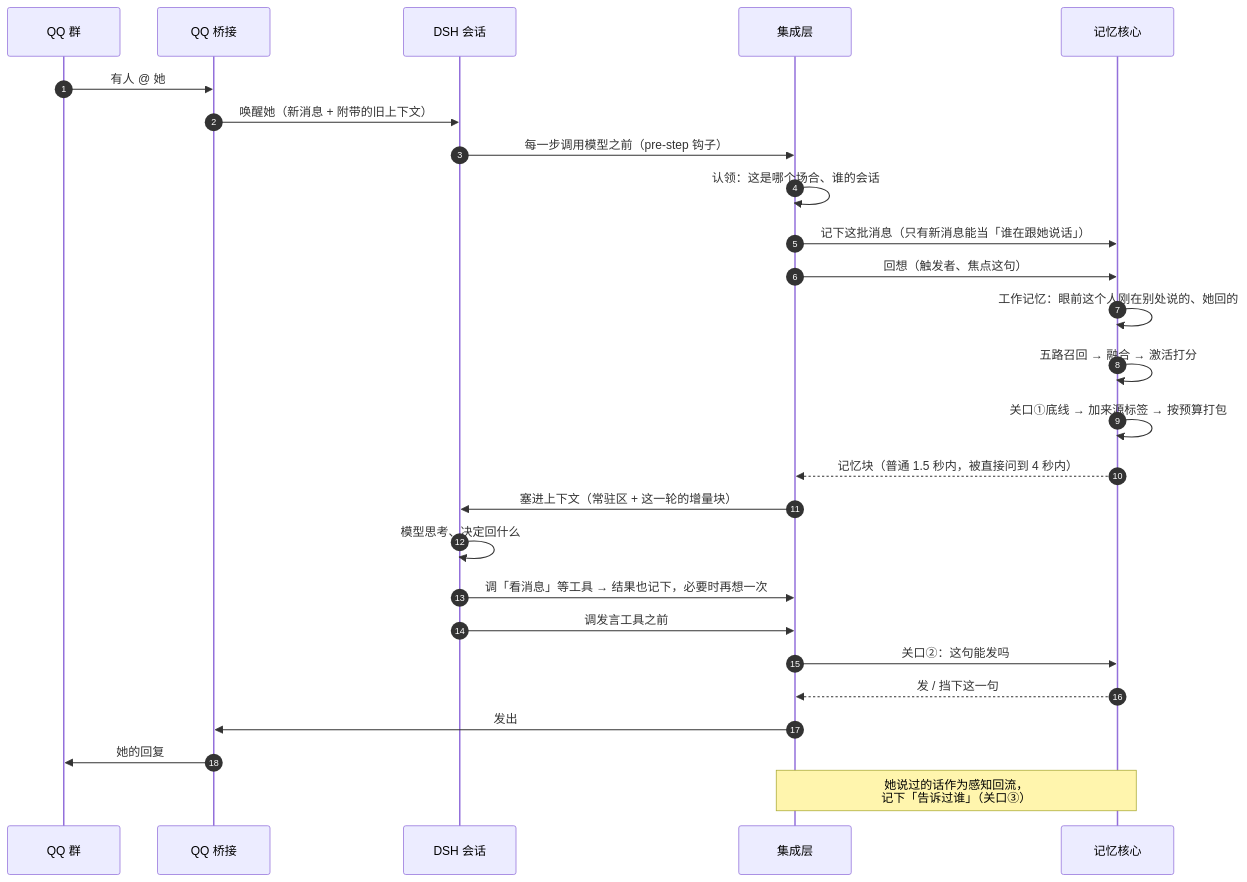
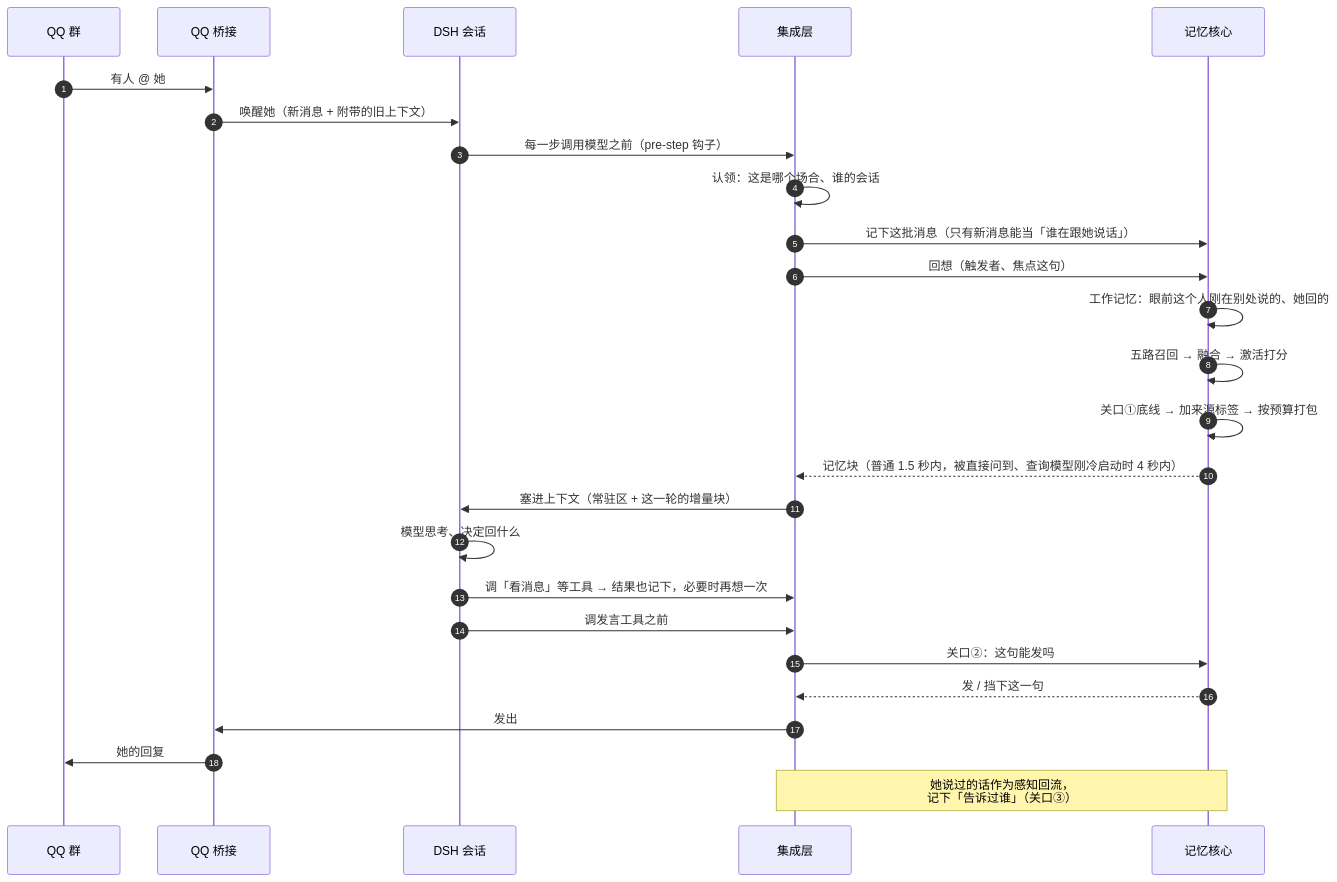
The fourth of 9 diagrams in docs/图解.md (QiuYeDx/dsh-rugu), drawn with Mermaid before and after one commit. The commit also changed other lines of this file and 23 other files, not shown here.

````diff
--- a/docs/图解.md
+++ b/docs/图解.md
@@ -147,28 +147,28 @@
 ```mermaid
 sequenceDiagram
   autonumber
   participant Q as QQ 群
   participant B as QQ 桥接
   participant D as DSH 会话
   participant H as 集成层
   participant C as 记忆核心
   Q->>B: 有人 @ 她
   B->>D: 唤醒她（新消息 + 附带的旧上下文）
   D->>H: 每一步调用模型之前（pre-step 钩子）
   H->>H: 认领：这是哪个场合、谁的会话
   H->>C: 记下这批消息（只有新消息能当「谁在跟她说话」）
   H->>C: 回想（触发者、焦点这句）
   C->>C: 工作记忆：眼前这个人刚在别处说的、她回的
   C->>C: 五路召回 → 融合 → 激活打分
   C->>C: 关口①底线 → 加来源标签 → 按预算打包
-  C-->>H: 记忆块（普通 1.5 秒内，被直接问到 4 秒内）
+  C-->>H: 记忆块（普通 1.5 秒内，被直接问到、查询模型刚冷启动时 4 秒内）
   H->>D: 塞进上下文（常驻区 + 这一轮的增量块）
   D->>D: 模型思考、决定回什么
   D->>H: 调「看消息」等工具 → 结果也记下，必要时再想一次
   D->>H: 调发言工具之前
   H->>C: 关口②：这句能发吗
   C-->>H: 发 / 挡下这一句
   H->>B: 发出
   B->>Q: 她的回复
   Note over H,C: 她说过的话作为感知回流，<br/>记下「告诉过谁」（关口③）
 ```
````
